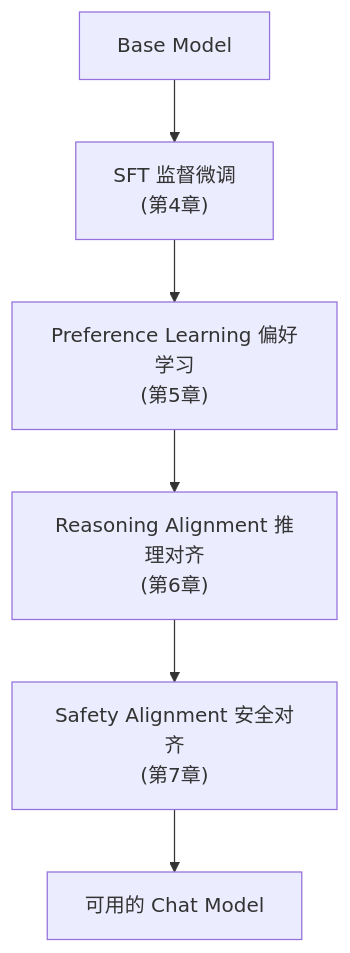
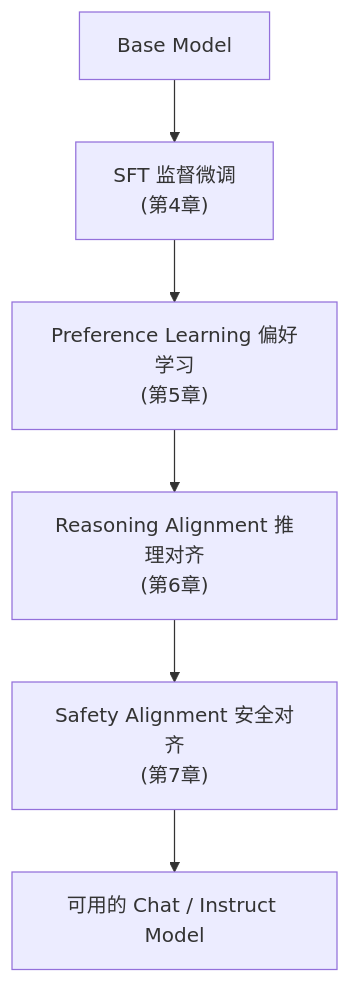
Before and after one commit to AI-learning-simple/Build-Your-Own-LLM: the second of 3 diagrams in 2. Alignment 与训练工程/1. Alignment——从 Base Model 到对话助手.md, drawn with Mermaid. The commit also changed other lines of this file and 2 other files, not shown here.

````diff
--- a/2. Alignment 与训练工程/1. Alignment——从 Base Model 到对话助手.md
+++ b/2. Alignment 与训练工程/1. Alignment——从 Base Model 到对话助手.md
@@ -103,8 +148,8 @@
 ```mermaid
 flowchart TD
     A[Base Model] --> B["SFT 监督微调<br/>(第4章)"]
     B --> C["Preference Learning 偏好学习<br/>(第5章)"]
     C --> D["Reasoning Alignment 推理对齐<br/>(第6章)"]
     D --> E["Safety Alignment 安全对齐<br/>(第7章)"]
-    E --> F[可用的 Chat Model]
+    E --> F["可用的 Chat / Instruct Model"]
 ```
````
